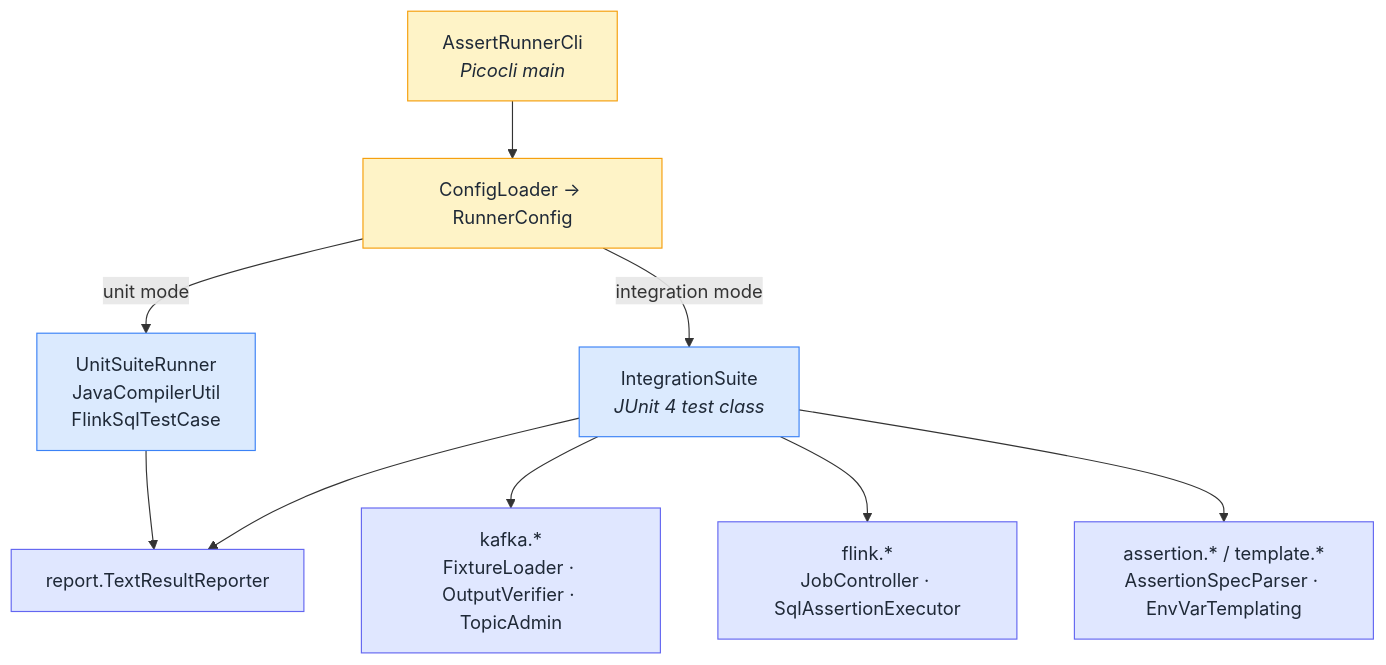
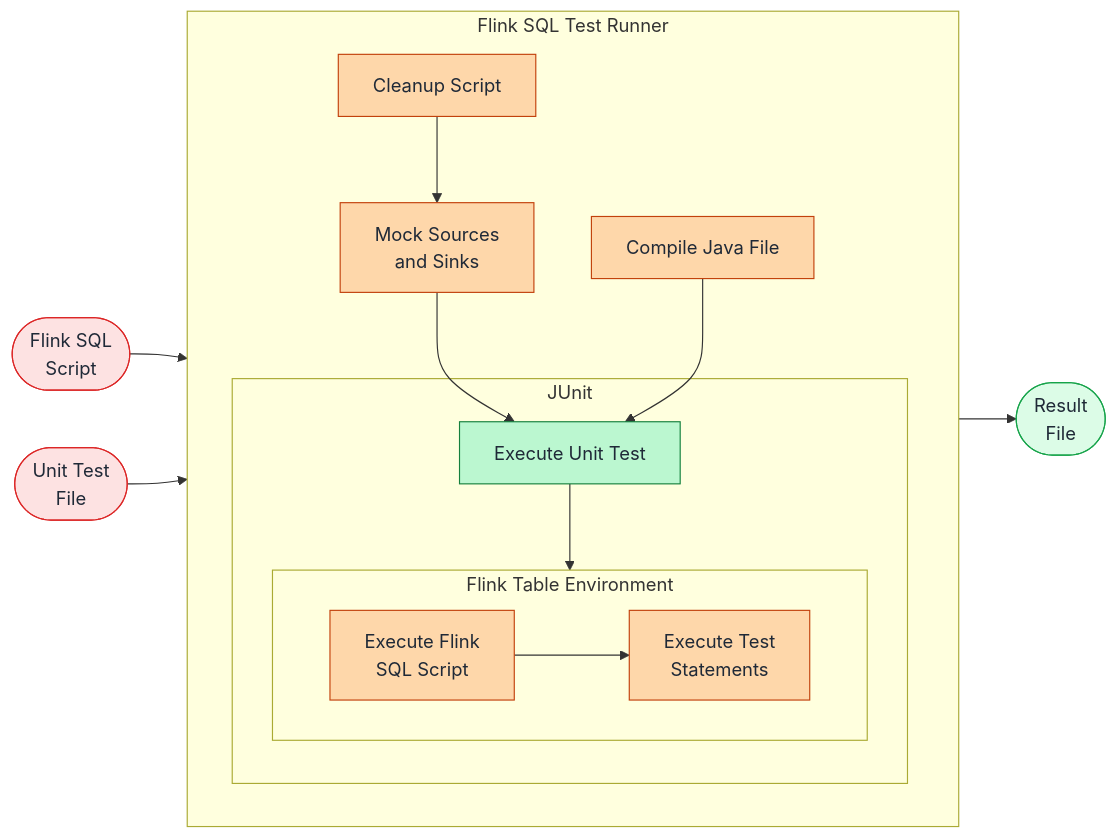
Before and after one commit to acosom/flink-sql-assert-runner: the first of 2 diagrams in README.md, drawn with Mermaid. The commit also changed other lines of this file, not shown here.

Commit message:
Replaced internal-class architecture diagram with operational flow diagrams for unit and integration testing

````diff
--- a/README.md
+++ b/README.md
@@ -96,27 +100,40 @@
 ```mermaid
-graph TD
-    CLI["AssertRunnerCli<br/><i>Picocli main</i>"]
-    CFG["ConfigLoader → RunnerConfig"]
-    USR["UnitSuiteRunner<br/>JavaCompilerUtil<br/>FlinkSqlTestCase"]
-    INT["IntegrationSuite<br/><i>JUnit 4 test class</i>"]
-    KAFKA["kafka.*<br/>FixtureLoader · OutputVerifier · TopicAdmin"]
-    FLINK["flink.*<br/>JobController · SqlAssertionExecutor"]
-    ASRT["assertion.* / template.*<br/>AssertionSpecParser · EnvVarTemplating"]
-    REPORT["report.TextResultReporter"]
+flowchart LR
+    SQL(["Flink SQL<br/>Script"])
+    TEST(["Unit Test<br/>File"])
+    RESULT(["Result<br/>File"])
 
-    CLI --> CFG
-    CFG -->|unit mode| USR
-    CFG -->|integration mode| INT
-    INT --> KAFKA
-    INT --> FLINK
-    INT --> ASRT
-    USR --> REPORT
-    INT --> REPORT
+    subgraph RUNNER ["Flink SQL Test Runner"]
+        direction TB
+        CLEAN["Cleanup Script"]
+        MOCK["Mock Sources<br/>and Sinks"]
+        COMPILE["Compile Java File"]
 
-    classDef entry fill:#fef3c7,stroke:#f59e0b,color:#1f2937;
-    classDef driver fill:#dbeafe,stroke:#3b82f6,color:#1f2937;
-    classDef leaf fill:#e0e7ff,stroke:#6366f1,color:#1f2937;
-    class CLI,CFG entry;
-    class USR,INT driver;
-    class KAFKA,FLINK,ASRT,REPORT leaf;
+        subgraph JUNIT ["JUnit"]
+            EXEC["Execute Unit Test"]
+            subgraph TENV ["Flink Table Environment"]
+                direction LR
+                RUNSQL["Execute Flink<br/>SQL Script"]
+                RUNTEST["Execute Test<br/>Statements"]
+                RUNSQL --> RUNTEST
+            end
+            EXEC --> TENV
+        end
+
+        CLEAN --> MOCK --> EXEC
+        COMPILE --> EXEC
+    end
+
+    SQL --> CLEAN
+    TEST --> COMPILE
+    TENV --> RESULT
+
+    classDef input fill:#fde2e2,stroke:#dc2626,color:#1f2937;
+    classDef output fill:#dcfce7,stroke:#16a34a,color:#1f2937;
+    classDef action fill:#fed7aa,stroke:#c2410c,color:#1f2937;
+    classDef pivot fill:#bbf7d0,stroke:#15803d,color:#1f2937;
+    class SQL,TEST input;
+    class RESULT output;
+    class CLEAN,MOCK,COMPILE,RUNSQL,RUNTEST action;
+    class EXEC pivot;
 ```
````
